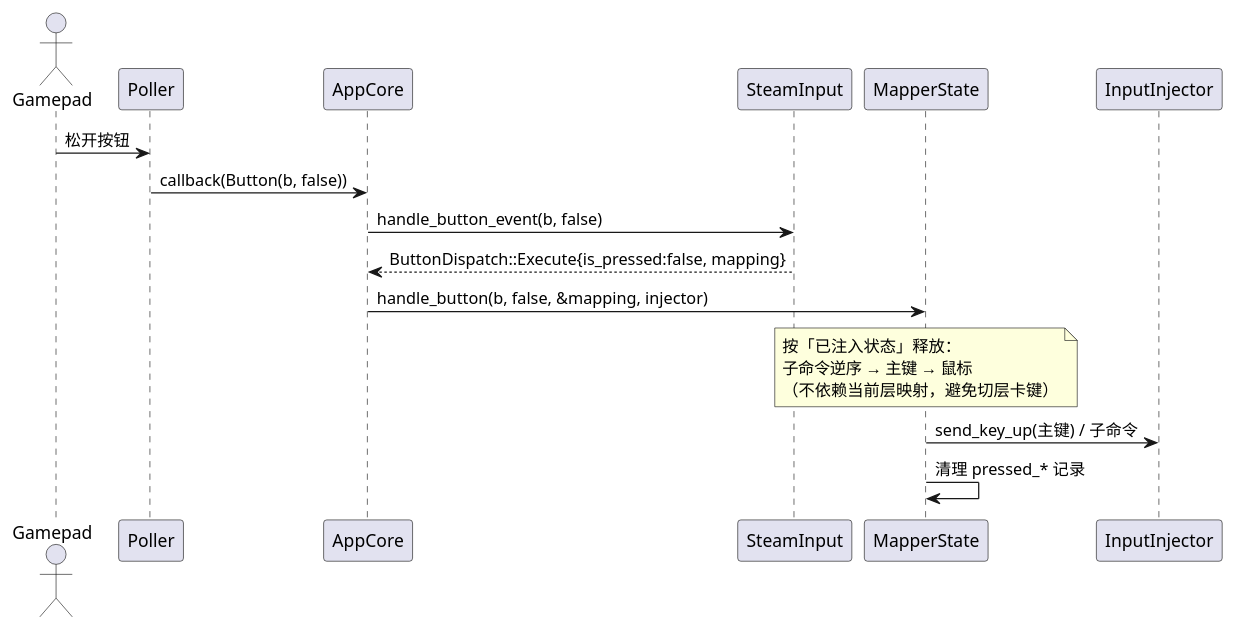
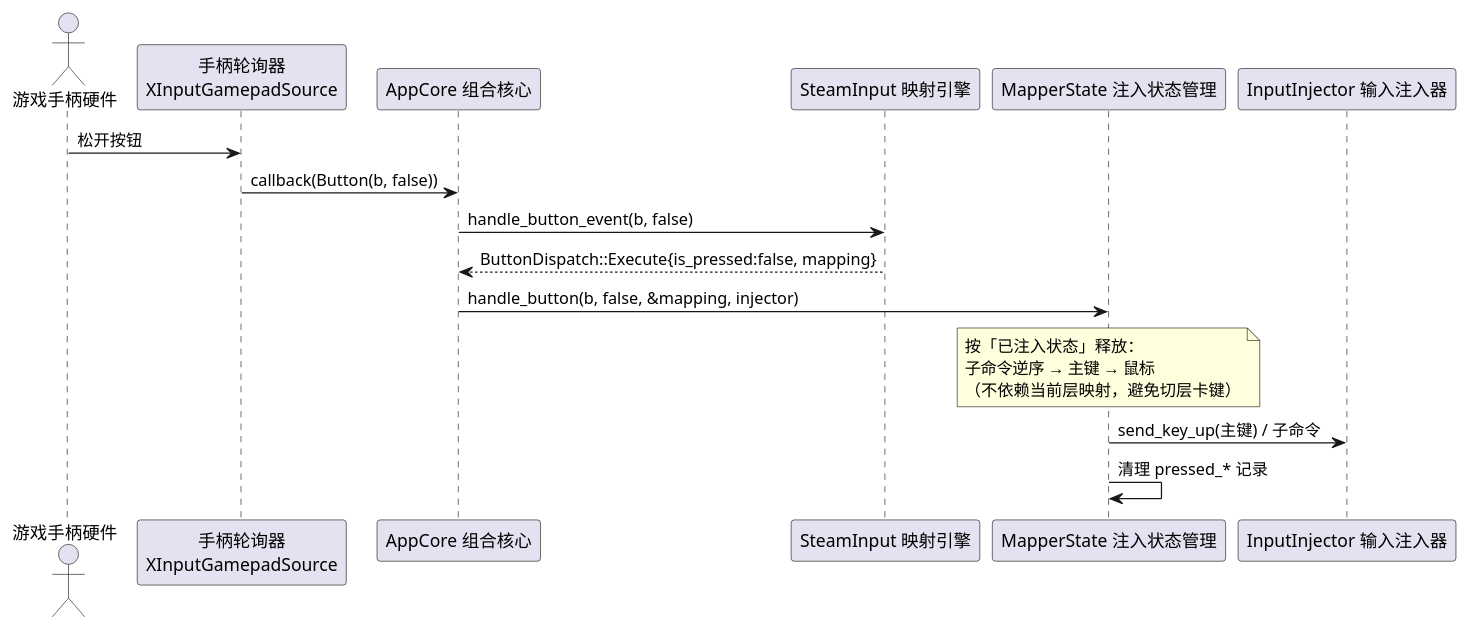
The seventh of 12 diagrams in GamepadControlerRustTauri/Tauri.md (fwar34/GamepadControlerQt), drawn with PlantUML before and after one commit. The commit also changed other lines of this file, not shown here.

First line of the commit message:
docs: 更新Tauri架构文档中的UML图

````diff
--- a/GamepadControlerRustTauri/Tauri.md
+++ b/GamepadControlerRustTauri/Tauri.md
@@ -388,19 +388,19 @@
 ```plantuml
 @startuml
-actor Gamepad as G
-participant Poller as POLL
-participant AppCore as CORE
-participant SteamInput as SI
-participant MapperState as MS
-participant InputInjector as INJ
+actor "游戏手柄硬件" as GamepadHW
+participant "手柄轮询器\nXInputGamepadSource" as GamepadPoller
+participant "AppCore 组合核心" as AppCore
+participant "SteamInput 映射引擎" as SteamInput
+participant "MapperState 注入状态管理" as MapperState
+participant "InputInjector 输入注入器" as InputInjector
 
-G -> POLL : 松开按钮
-POLL -> CORE : callback(Button(b, false))
-CORE -> SI : handle_button_event(b, false)
-SI --> CORE : ButtonDispatch::Execute{is_pressed:false, mapping}
-CORE -> MS : handle_button(b, false, &mapping, injector)
-note over MS : 按「已注入状态」释放：\n子命令逆序 → 主键 → 鼠标\n（不依赖当前层映射，避免切层卡键）
-MS -> INJ : send_key_up(主键) / 子命令
-MS -> MS : 清理 pressed_* 记录
+GamepadHW -> GamepadPoller : 松开按钮
+GamepadPoller -> AppCore : callback(Button(b, false))
+AppCore -> SteamInput : handle_button_event(b, false)
+SteamInput --> AppCore : ButtonDispatch::Execute{is_pressed:false, mapping}
+AppCore -> MapperState : handle_button(b, false, &mapping, injector)
+note over MapperState : 按「已注入状态」释放：\n子命令逆序 → 主键 → 鼠标\n（不依赖当前层映射，避免切层卡键）
+MapperState -> InputInjector : send_key_up(主键) / 子命令
+MapperState -> MapperState : 清理 pressed_* 记录
 @enduml
 ```
````
